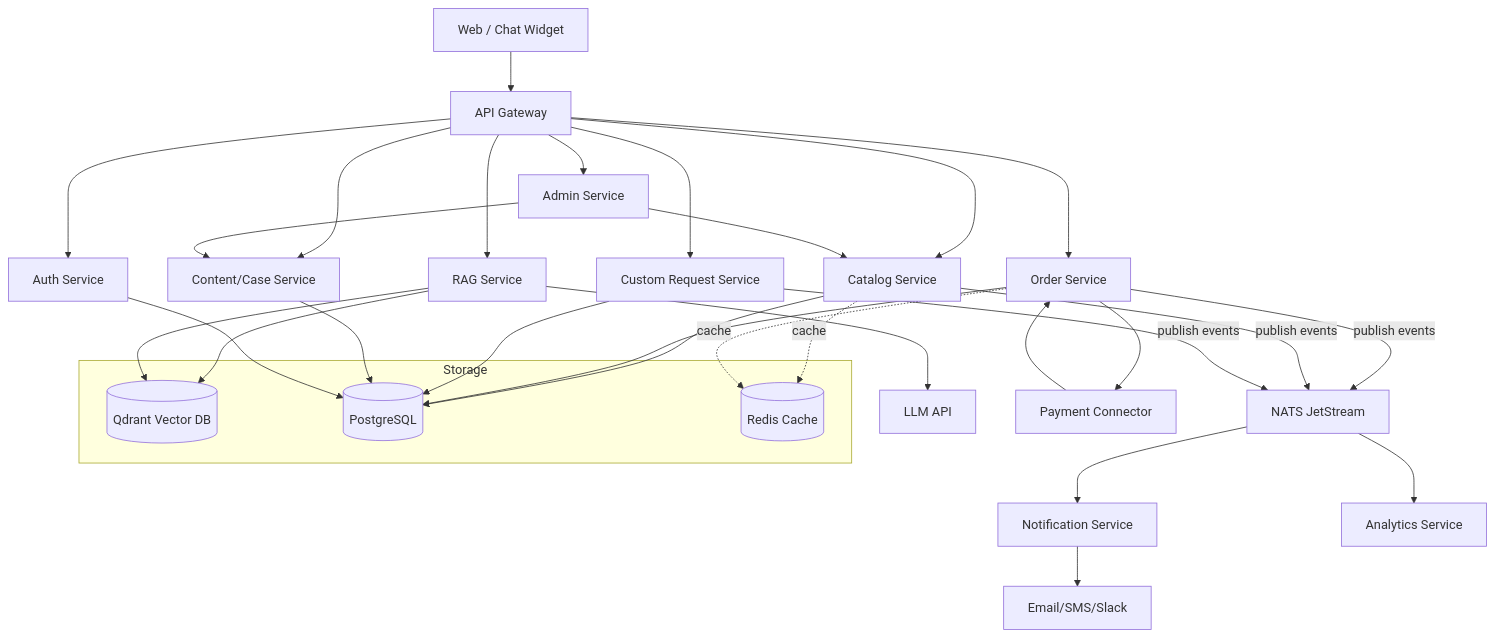
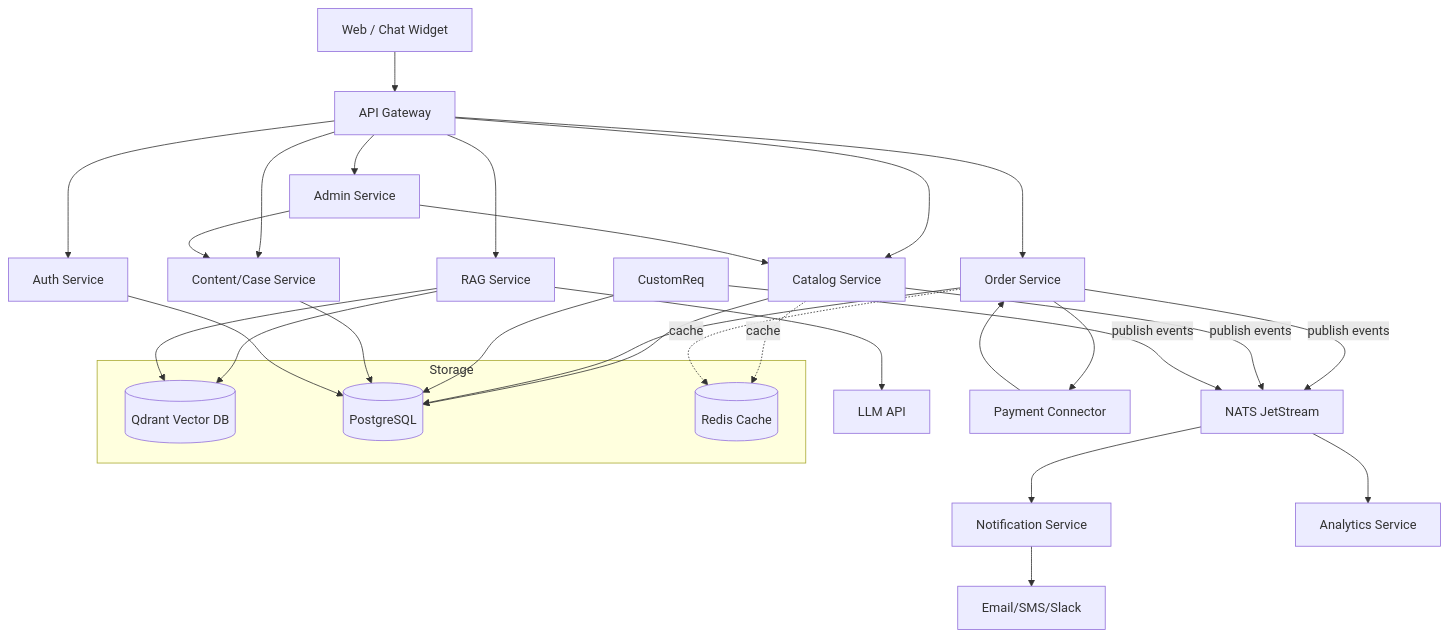
One commit to vizurth/green-b2b changed the diagram in README.md. Above: the diagram before and after it, drawn with Mermaid.

````diff
--- a/README.md
+++ b/README.md
@@ -20,45 +20,44 @@
 ```mermaid
 flowchart TD
     Client[Web / Chat Widget] --> Gateway[API Gateway]
 
     Gateway --> Auth[Auth Service]
     Gateway --> Catalog[Catalog Service]
     Gateway --> Orders[Order Service]
-    Gateway --> CustomReq[Custom Request Service]
     Gateway --> RAG[RAG Service]
     Gateway --> Content[Content/Case Service]
     Gateway --> Admin[Admin Service]
 
     RAG --> Qdrant[Vector Store]
     RAG --> LLM[LLM API]
 
     Orders -->|publish events| NATS[NATS JetStream]
     Catalog -->|publish events| NATS
     CustomReq -->|publish events| NATS
 
     NATS --> Notify[Notification Service]
     NATS --> Analytics[Analytics Service]
 
     Orders --> Payment[Payment Connector]
     Payment --> Orders
 
     Notify --> Email[Email/SMS/Slack]
     Admin --> Catalog
     Admin --> Content
 
     subgraph Storage
         Postgres[(PostgreSQL)]
         Redis[(Redis Cache)]
         Qdrant[(Qdrant Vector DB)]
     end
 
     Catalog --> Postgres
     Orders --> Postgres
     CustomReq --> Postgres
     Content --> Postgres
     Auth --> Postgres
 
     RAG --> Qdrant
     Catalog -. cache .-> Redis
     Orders -. cache .-> Redis
 ```
````
